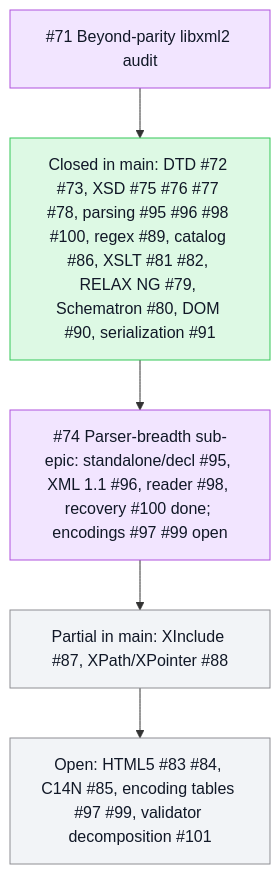
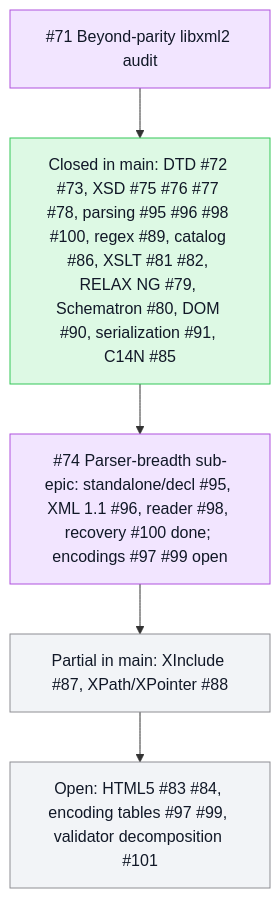
The second of 2 diagrams in README.md (mihaelamj/PureXML), drawn with Mermaid before and after one commit. The commit also changed other lines of this file and 6 other files, not shown here.

````diff
--- a/README.md
+++ b/README.md
@@ -73,16 +73,16 @@
 ```mermaid
 flowchart TB
   classDef done fill:#ddf9e4,stroke:#34c759,color:#111827
   classDef review fill:#fff7d6,stroke:#ffcc00,color:#111827
   classDef epic fill:#f2e5ff,stroke:#af52de,color:#111827
   classDef todo fill:#f2f4f7,stroke:#8e8e93,color:#111827
   Epic71["#71 Beyond-parity libxml2 audit"]:::epic
-  AuditDone["Closed in main: DTD #72 #73, XSD #75 #76 #77 #78, parsing #95 #96 #98 #100, regex #89, catalog #86, XSLT #81 #82, RELAX NG #79, Schematron #80, DOM #90, serialization #91"]:::done
+  AuditDone["Closed in main: DTD #72 #73, XSD #75 #76 #77 #78, parsing #95 #96 #98 #100, regex #89, catalog #86, XSLT #81 #82, RELAX NG #79, Schematron #80, DOM #90, serialization #91, C14N #85"]:::done
   Epic74["#74 Parser-breadth sub-epic: standalone/decl #95, XML 1.1 #96, reader #98, recovery #100 done; encodings #97 #99 open"]:::epic
   Partial["Partial in main: XInclude #87, XPath/XPointer #88"]:::todo
-  Open["Open: HTML5 #83 #84, C14N #85, encoding tables #97 #99, validator decomposition #101"]:::todo
+  Open["Open: HTML5 #83 #84, encoding tables #97 #99, validator decomposition #101"]:::todo
   Epic71 --> AuditDone
   AuditDone --> Epic74
   Epic74 --> Partial
   Partial --> Open
 ```
````
